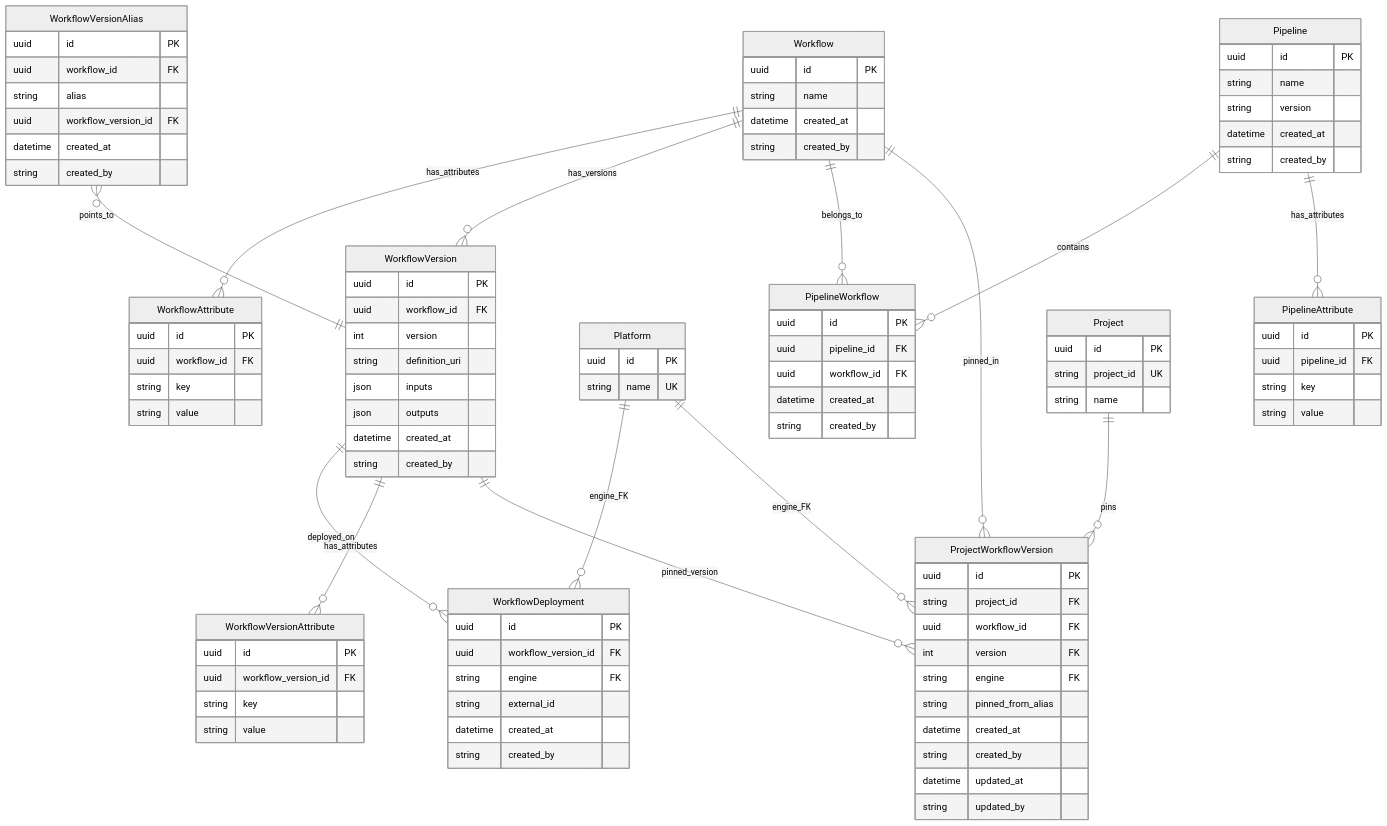
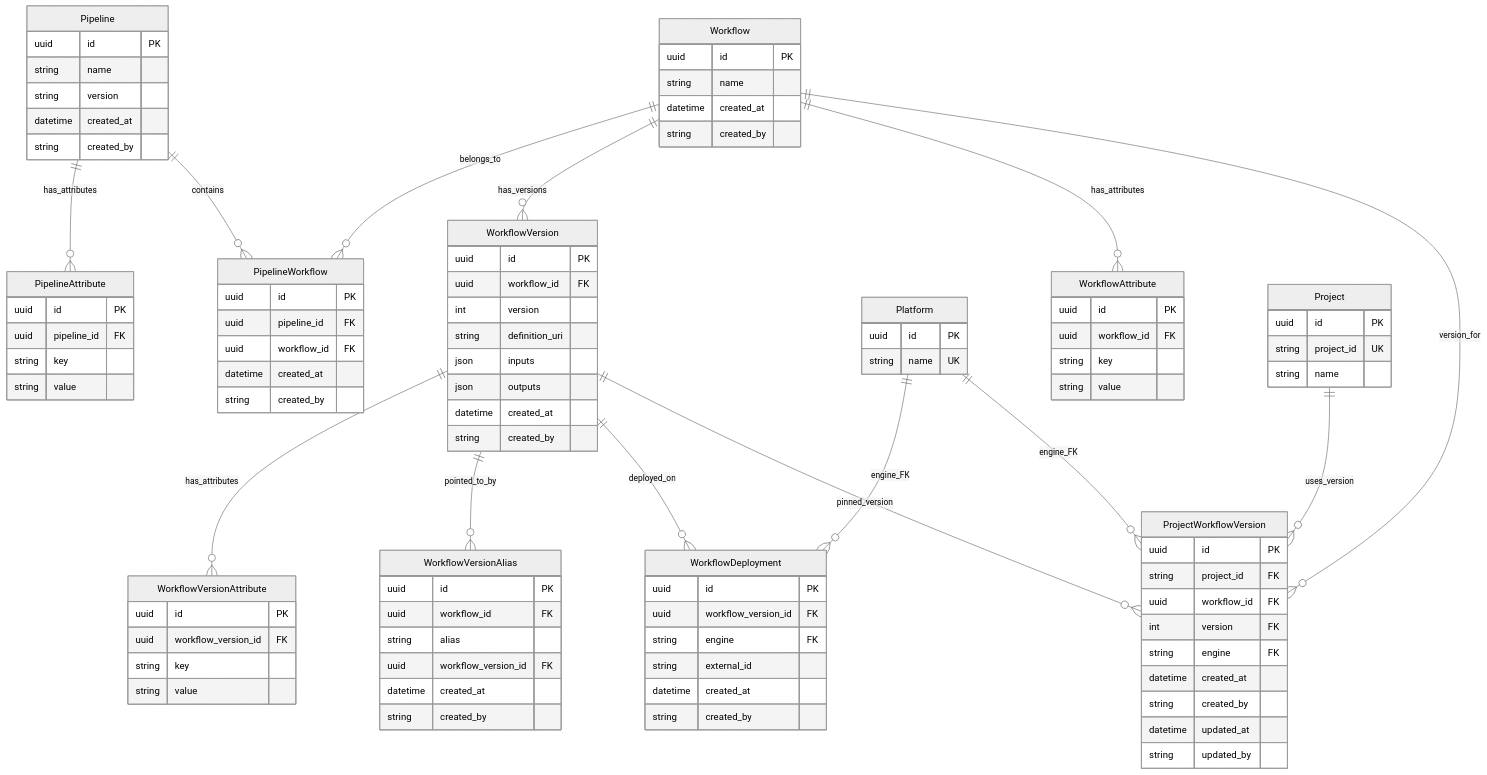
The tenth of 10 diagrams in docs/WORKFLOWS_AND_PIPELINES.md (NGS360/APIServer), drawn with Mermaid (neutral theme) before and after one commit. The commit also changed other lines of this file, not shown here.

Commit message:
update workflow docs

````diff
--- a/docs/WORKFLOWS_AND_PIPELINES.md
+++ b/docs/WORKFLOWS_AND_PIPELINES.md
@@ -53,27 +280,11 @@
 ```mermaid
 erDiagram
-    Workflow ||--o{ WorkflowAttribute : has_attributes
-    Workflow ||--o{ WorkflowVersion : has_versions
-
-    WorkflowVersion ||--o{ WorkflowDeployment : deployed_on
-    WorkflowVersion ||--o{ WorkflowVersionAttribute : has_attributes
-
-    WorkflowVersionAlias }o--|| WorkflowVersion : points_to
-
-    Platform ||--o{ WorkflowDeployment : engine_FK
-
-    Pipeline ||--o{ PipelineWorkflow : contains
-    Workflow ||--o{ PipelineWorkflow : belongs_to
-    Pipeline ||--o{ PipelineAttribute : has_attributes
-
-    Project ||--o{ ProjectWorkflowVersion : pins
-    Workflow ||--o{ ProjectWorkflowVersion : pinned_in
-    WorkflowVersion ||--o{ ProjectWorkflowVersion : pinned_version
-    Platform ||--o{ ProjectWorkflowVersion : engine_FK
-
-    Platform {
+    Pipeline {
         uuid id PK
-        string name UK
+        string name
+        string version
+        datetime created_at
+        string created_by
     }
 
     Workflow {
@@ -83,11 +294,19 @@
         string created_by
     }
 
-    WorkflowAttribute {
+    PipelineAttribute {
         uuid id PK
-        uuid workflow_id FK
+        uuid pipeline_id FK
         string key
         string value
+    }
+
+    PipelineWorkflow {
+        uuid id PK
+        uuid pipeline_id FK
+        uuid workflow_id FK
+        datetime created_at
+        string created_by
     }
 
     WorkflowVersion {
@@ -99,6 +318,24 @@
         json outputs
         datetime created_at
         string created_by
+    }
+
+    Platform {
+        uuid id PK
+        string name UK
+    }
+
+    WorkflowAttribute {
+        uuid id PK
+        uuid workflow_id FK
+        string key
+        string value
+    }
+
+    Project {
+        uuid id PK
+        string project_id UK
+        string name
     }
 
     WorkflowVersionAttribute {
@@ -126,45 +363,29 @@
         string created_by
     }
 
-    Pipeline {
-        uuid id PK
-        string name
-        string version
-        datetime created_at
-        string created_by
-    }
-
-    PipelineAttribute {
-        uuid id PK
-        uuid pipeline_id FK
-        string key
-        string value
-    }
-
-    PipelineWorkflow {
-        uuid id PK
-        uuid pipeline_id FK
-        uuid workflow_id FK
-        datetime created_at
-        string created_by
-    }
-
-    Project {
-        uuid id PK
-        string project_id UK
-        string name
-    }
-
     ProjectWorkflowVersion {
         uuid id PK
         string project_id FK
         uuid workflow_id FK
         int version FK
         string engine FK
-        string pinned_from_alias
         datetime created_at
         string created_by
         datetime updated_at
         string updated_by
     }
+
+    Pipeline ||--o{ PipelineAttribute : has_attributes
+    Pipeline ||--o{ PipelineWorkflow : contains
+    Workflow ||--o{ PipelineWorkflow : belongs_to
+    Workflow ||--o{ WorkflowVersion : has_versions
+    Workflow ||--o{ WorkflowAttribute : has_attributes
+    WorkflowVersion ||--o{ WorkflowVersionAttribute : has_attributes
+    WorkflowVersion ||--o{ WorkflowVersionAlias : pointed_to_by
+    WorkflowVersion ||--o{ WorkflowDeployment : deployed_on
+    Platform ||--o{ WorkflowDeployment : engine_FK
+    Platform ||--o{ ProjectWorkflowVersion : engine_FK
+    WorkflowVersion ||--o{ ProjectWorkflowVersion : pinned_version
+    Workflow ||--o{ ProjectWorkflowVersion : version_for
+    Project ||--o{ ProjectWorkflowVersion : uses_version
 ```
````
